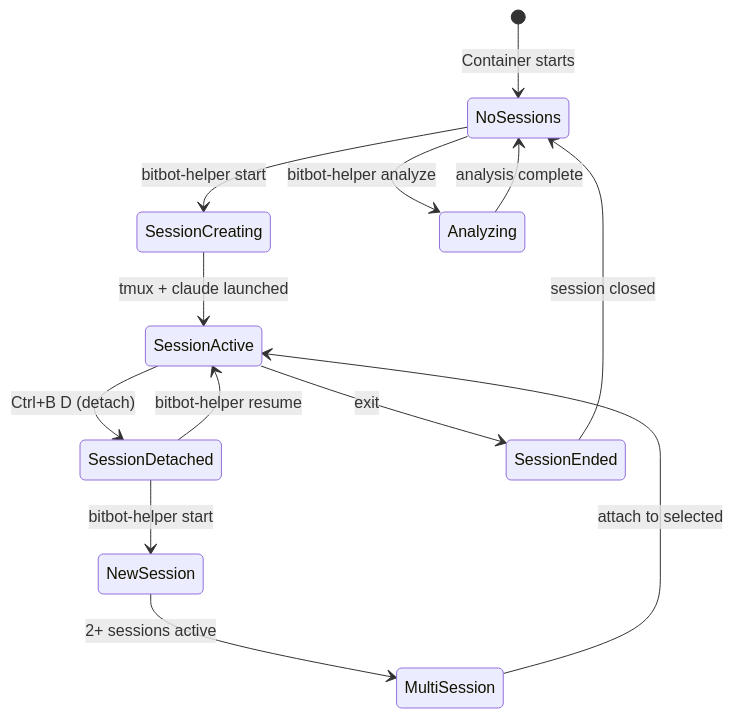
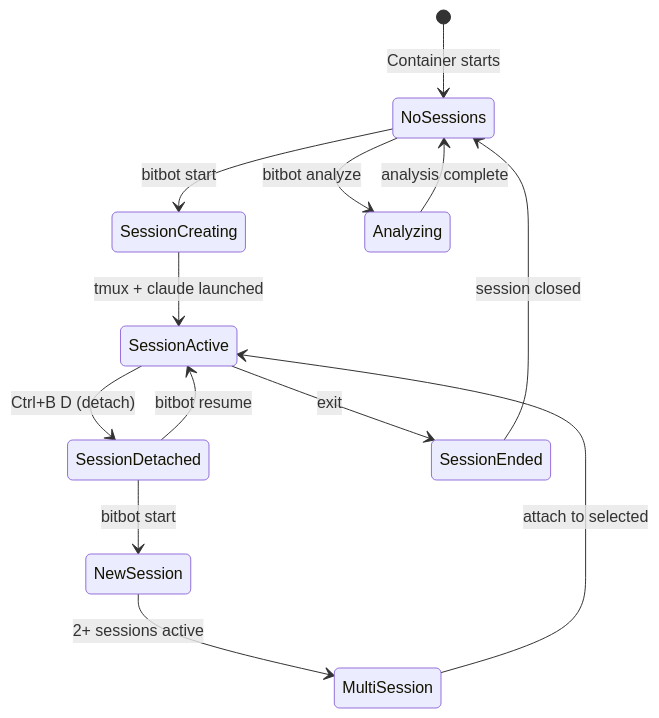
One commit to ManuelKugelmann/BitBot changed the fifth of 5 diagrams in sparc/2-pseudocode/FLOW_INNER_BITBOT.md. Above: the diagram before and after it, drawn with Mermaid. The commit also changed other lines of this file, not shown here.

First line of the commit message:
Update container bitbot flow with transparent behavior

````diff
--- a/sparc/2-pseudocode/FLOW_INNER_BITBOT.md
+++ b/sparc/2-pseudocode/FLOW_INNER_BITBOT.md
@@ -168,17 +189,17 @@
 ```mermaid
 stateDiagram-v2
     [*] --> NoSessions: Container starts
-    NoSessions --> SessionCreating: bitbot-helper start
+    NoSessions --> SessionCreating: bitbot start
     SessionCreating --> SessionActive: tmux + claude launched
     SessionActive --> SessionDetached: Ctrl+B D (detach)
-    SessionDetached --> SessionActive: bitbot-helper resume
+    SessionDetached --> SessionActive: bitbot resume
     SessionActive --> SessionEnded: exit
     SessionEnded --> NoSessions: session closed
 
-    NoSessions --> Analyzing: bitbot-helper analyze
+    NoSessions --> Analyzing: bitbot analyze
     Analyzing --> NoSessions: analysis complete
 
-    SessionDetached --> NewSession: bitbot-helper start
+    SessionDetached --> NewSession: bitbot start
     NewSession --> MultiSession: 2+ sessions active
     MultiSession --> SessionActive: attach to selected
 ```
````
